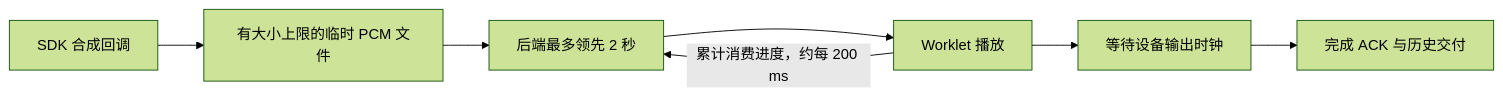
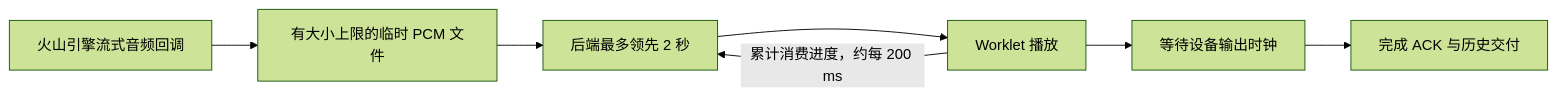
The second of 2 diagrams in docs/main-agent-speech-assets.md (Xuan-0929/AuraBot), drawn with Mermaid (forest theme) before and after one commit. The commit also changed other lines of this file and 48 other files, not shown here.

````diff
--- a/docs/main-agent-speech-assets.md
+++ b/docs/main-agent-speech-assets.md
@@ -78,9 +108,9 @@
 ```mermaid
 flowchart LR
-    TTS["SDK 合成回调"] --> S["有大小上限的临时 PCM 文件"]
+    TTS["火山引擎流式音频回调"] --> S["有大小上限的临时 PCM 文件"]
     S --> W["后端最多领先 2 秒"]
     W --> P["Worklet 播放"]
     P -->|"累计消费进度，约每 200 ms"| W
     P --> D["等待设备输出时钟"]
     D --> A["完成 ACK 与历史交付"]
 ```
````
